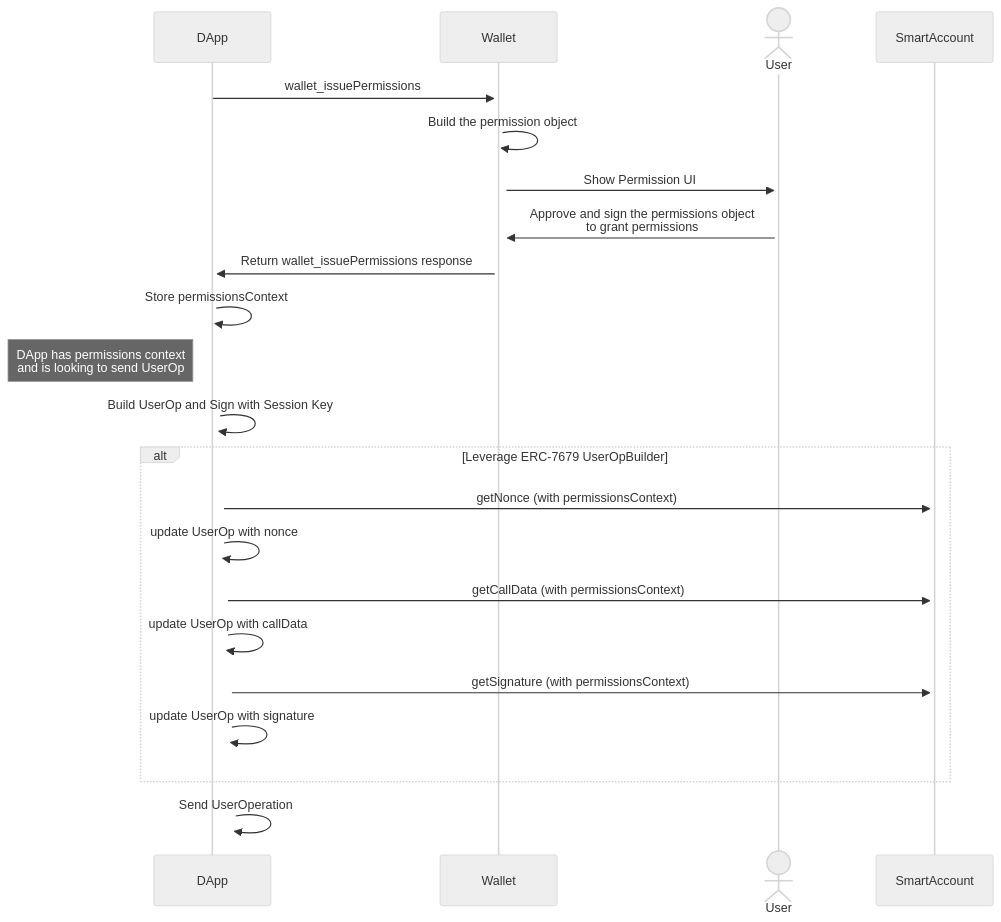
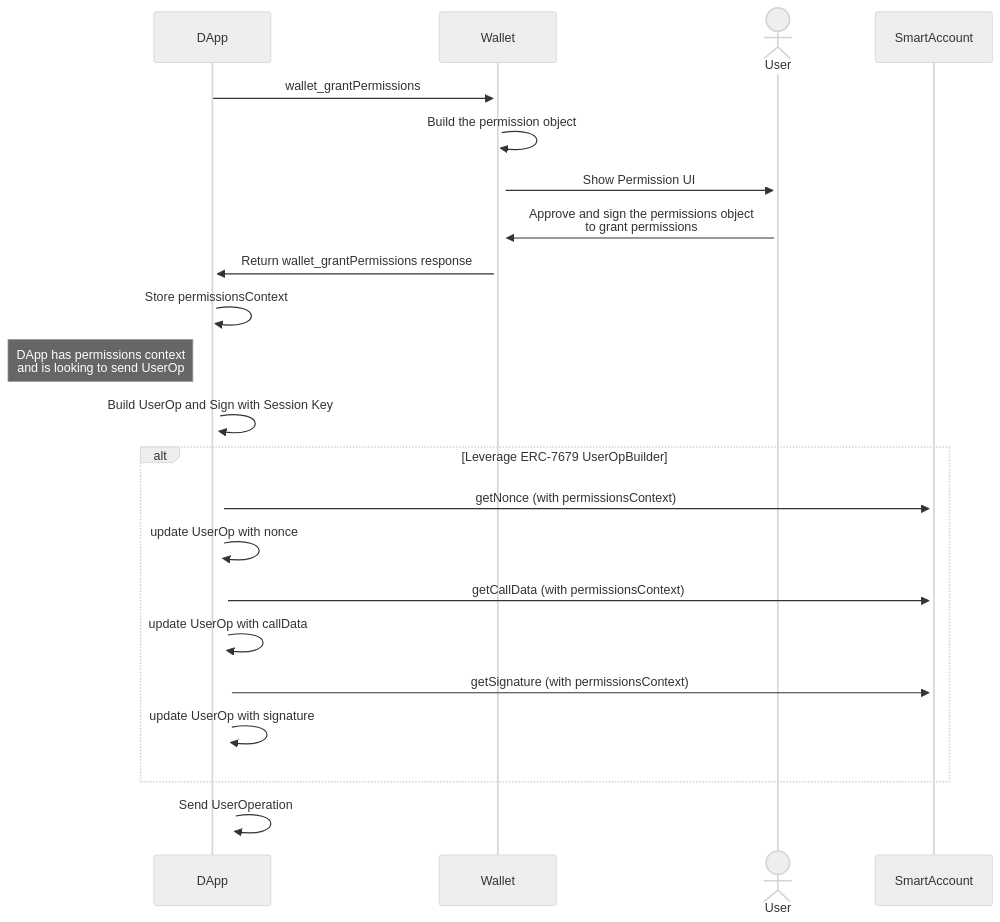
Before and after one commit to ethereum/ERCs: the second of 2 diagrams in ERCS/erc-7715.md, drawn with Mermaid (neutral theme). The commit also changed other lines of this file, not shown here.

Commit message:
rename issuePermissions to grantPermissions

````diff
--- a/ERCS/erc-7715.md
+++ b/ERCS/erc-7715.md
@@ -339,25 +341,25 @@
 ```mermaid
 sequenceDiagram
     participant D as DApp
     participant W as Wallet
     actor U as User
     participant SA as SmartAccount
 
-    D ->>+ W: wallet_issuePermissions
+    D ->>+ W: wallet_grantPermissions
     W ->>+ W: Build the permission object
     W ->>+ U: Show Permission UI
     U ->>+ W: Approve and sign the permissions object <br> to grant permissions
-    W ->>+ D: Return wallet_issuePermissions response
+    W ->>+ D: Return wallet_grantPermissions response
     D ->>+ D: Store permissionsContext
-    Note left of D: DApp has permissions context <br> and is looking to send UserOp 
+    Note left of D: DApp has permissions context <br> and is looking to send UserOp
     D ->>+ D: Build UserOp and Sign with Session Key
     alt Leverage ERC-7679 UserOpBuilder
     D ->>+ SA: getNonce (with permissionsContext)
     D ->>+ D: update UserOp with nonce
     D ->>+ SA: getCallData (with permissionsContext)
     D ->>+ D: update UserOp with callData
     D ->>+ SA: getSignature (with permissionsContext)
     D ->>+ D: update UserOp with signature
     end
     D ->>+ D: Send UserOperation
 ```
````
